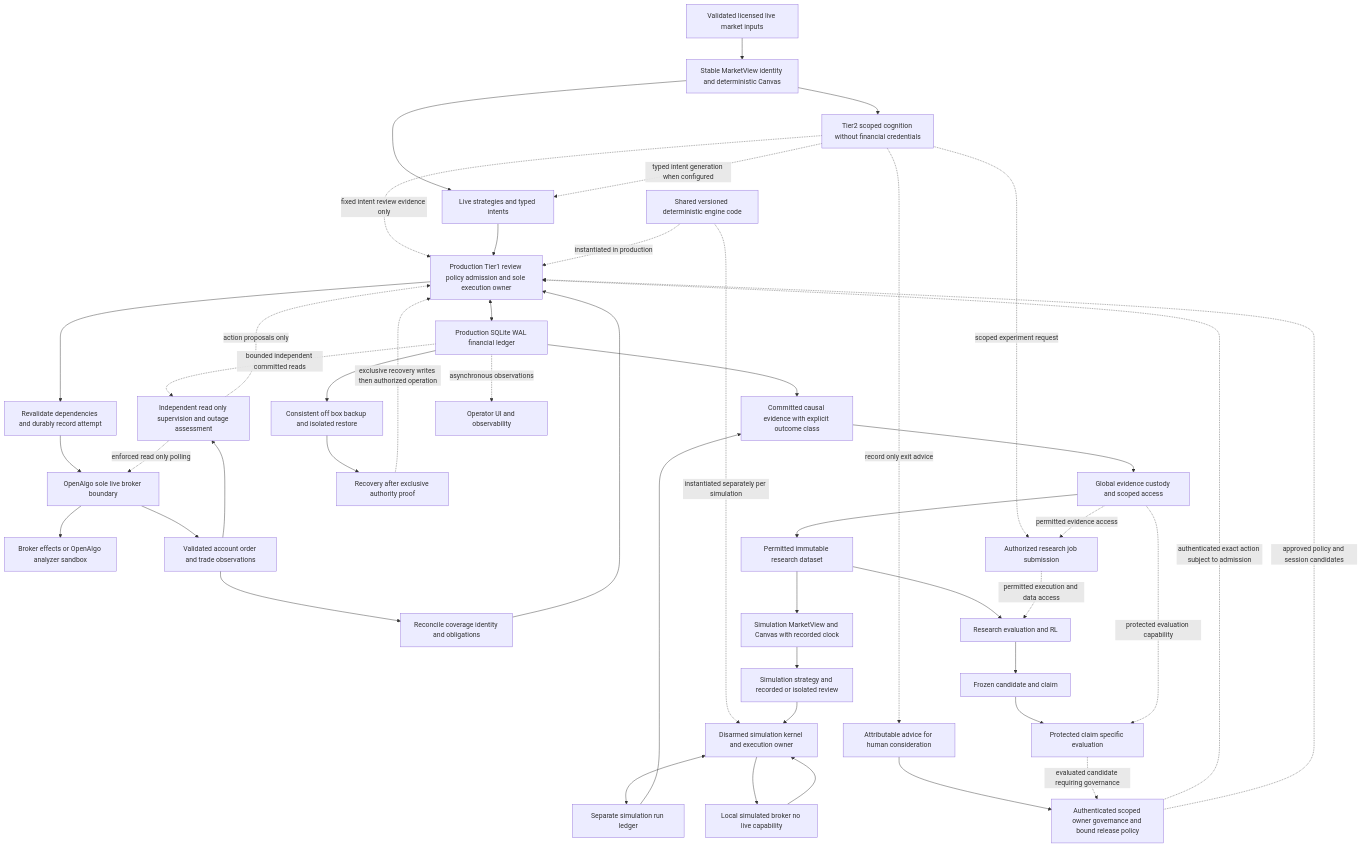
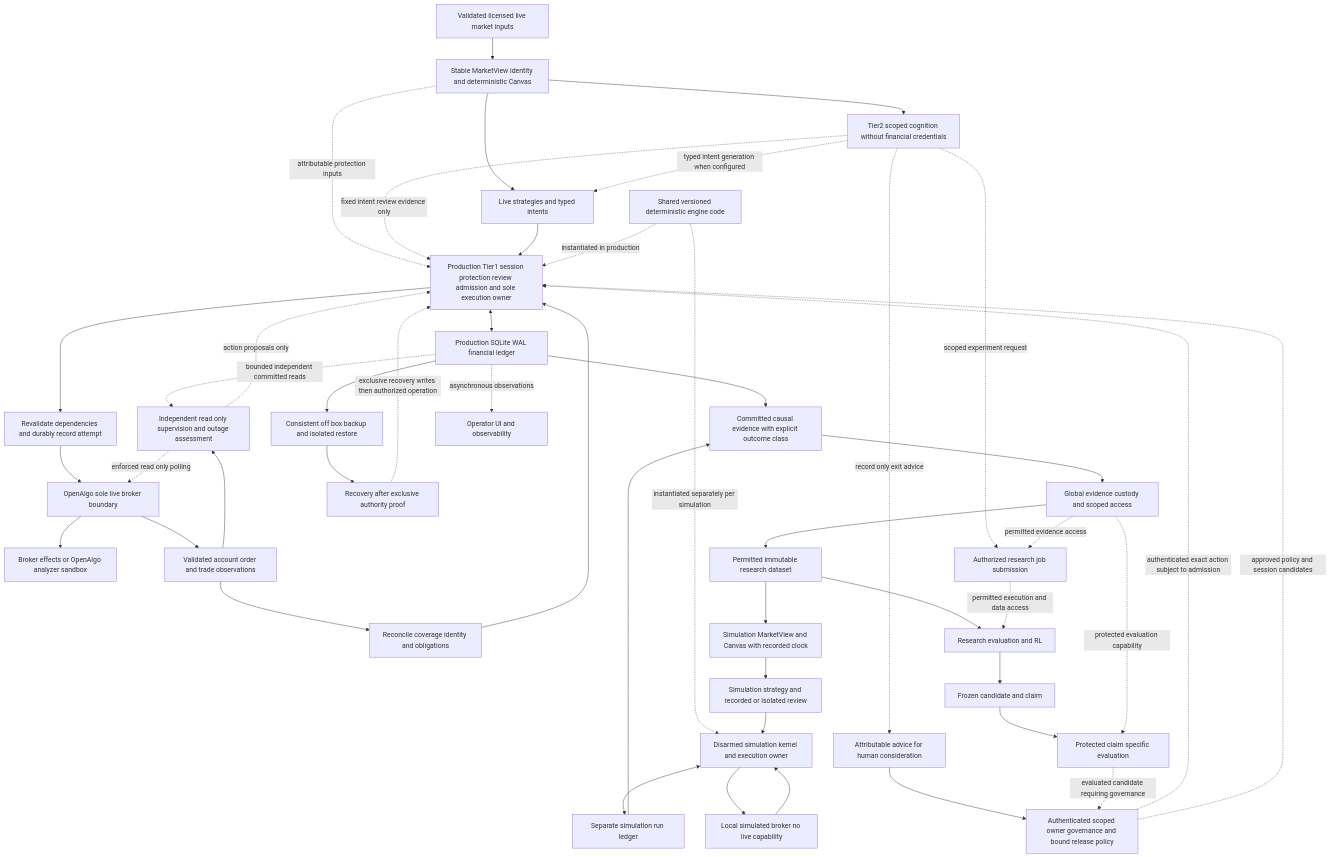
Before and after one commit to manojvermamv/AutonomousTradingArchitect: the second of 3 diagrams in README.md, drawn with Mermaid. The commit also changed other lines of this file and 1 other file, not shown here.

Commit message:
Record accepted session protection migration and domain contracts

````diff
--- a/README.md
+++ b/README.md
@@ -496,48 +512,49 @@
 ```mermaid
 flowchart TB
   INPUT[Validated licensed live market inputs] --> MARKET[Stable MarketView identity and deterministic Canvas]
+  MARKET -. attributable protection inputs .-> KERNEL
   MARKET --> DECIDE[Live strategies and typed intents]
   MARKET --> COG[Tier2 scoped cognition without financial credentials]
   COG -. typed intent generation when configured .-> DECIDE
   COG -. fixed intent review evidence only .-> KERNEL
   COG -. record only exit advice .-> ADVICE[Attributable advice for human consideration]
   ADVICE --> OWNER
   OWNER -. authenticated exact action subject to admission .-> KERNEL
-  DECIDE --> KERNEL[Production Tier1 review policy admission and sole execution owner]
+  DECIDE --> KERNEL[Production Tier1 session protection review admission and sole execution owner]
   OWNER[Authenticated scoped owner governance and bound release policy] -. approved policy and session candidates .-> KERNEL
   KERNEL <--> LEDGER[Production SQLite WAL financial ledger]
   KERNEL --> DISPATCH[Revalidate dependencies and durably record attempt]
   DISPATCH --> OA[OpenAlgo sole live broker boundary]
   OA --> EFFECT[Broker effects or OpenAlgo analyzer sandbox]
   OA --> OBS[Validated account order and trade observations]
   OBS --> SUP[Independent read only supervision and outage assessment]
   LEDGER -. bounded independent committed reads .-> SUP
   SUP -. enforced read only polling .-> OA
   OBS --> RECON[Reconcile coverage identity and obligations]
   RECON --> KERNEL
   SUP -. action proposals only .-> KERNEL
   CODE[Shared versioned deterministic engine code] -. instantiated in production .-> KERNEL
   CODE -. instantiated separately per simulation .-> SKERNEL
   DEV[Permitted immutable research dataset] --> SVIEW[Simulation MarketView and Canvas with recorded clock]
   SVIEW --> SDEC[Simulation strategy and recorded or isolated review]
   SDEC --> SKERNEL[Disarmed simulation kernel and execution owner]
   SKERNEL <--> SLEDGER[Separate simulation run ledger]
   SKERNEL --> SBROKER[Local simulated broker no live capability]
   SBROKER --> SKERNEL
   LEDGER --> EV[Committed causal evidence with explicit outcome class]
   SLEDGER --> EV
   EV --> CUSTODY[Global evidence custody and scoped access]
   CUSTODY --> DEV
   DEV --> LAB[Research evaluation and RL]
   COG -. scoped experiment request .-> JOBS[Authorized research job submission]
   JOBS -. permitted execution and data access .-> LAB
   CUSTODY -. permitted evidence access .-> JOBS
   LAB --> FREEZE[Frozen candidate and claim]
   FREEZE --> EXAM[Protected claim specific evaluation]
   CUSTODY -. protected evaluation capability .-> EXAM
   EXAM -. evaluated candidate requiring governance .-> OWNER
   LEDGER --> BACKUP[Consistent off box backup and isolated restore]
   BACKUP --> REC[Recovery after exclusive authority proof]
   REC -. exclusive recovery writes then authorized operation .-> KERNEL
   LEDGER -. asynchronous observations .-> UI[Operator UI and observability]
 ```
````
